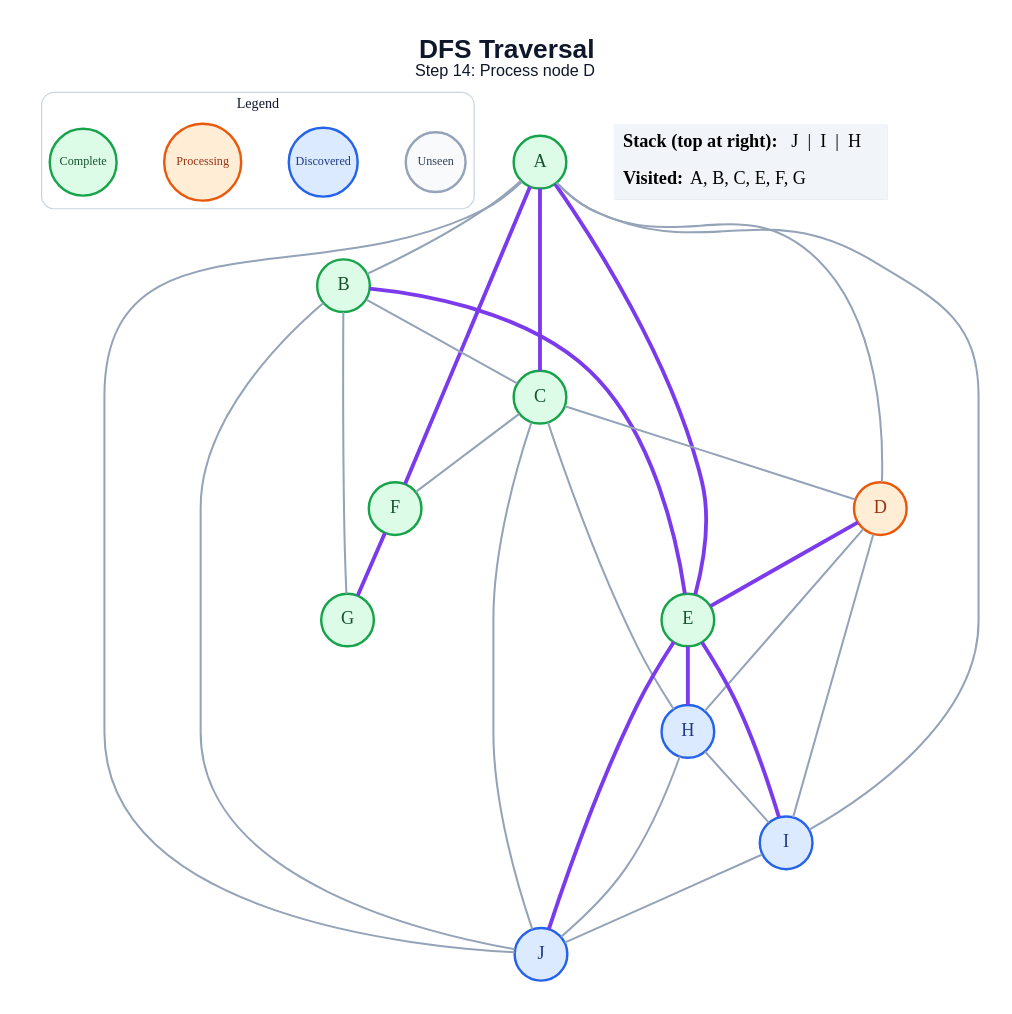
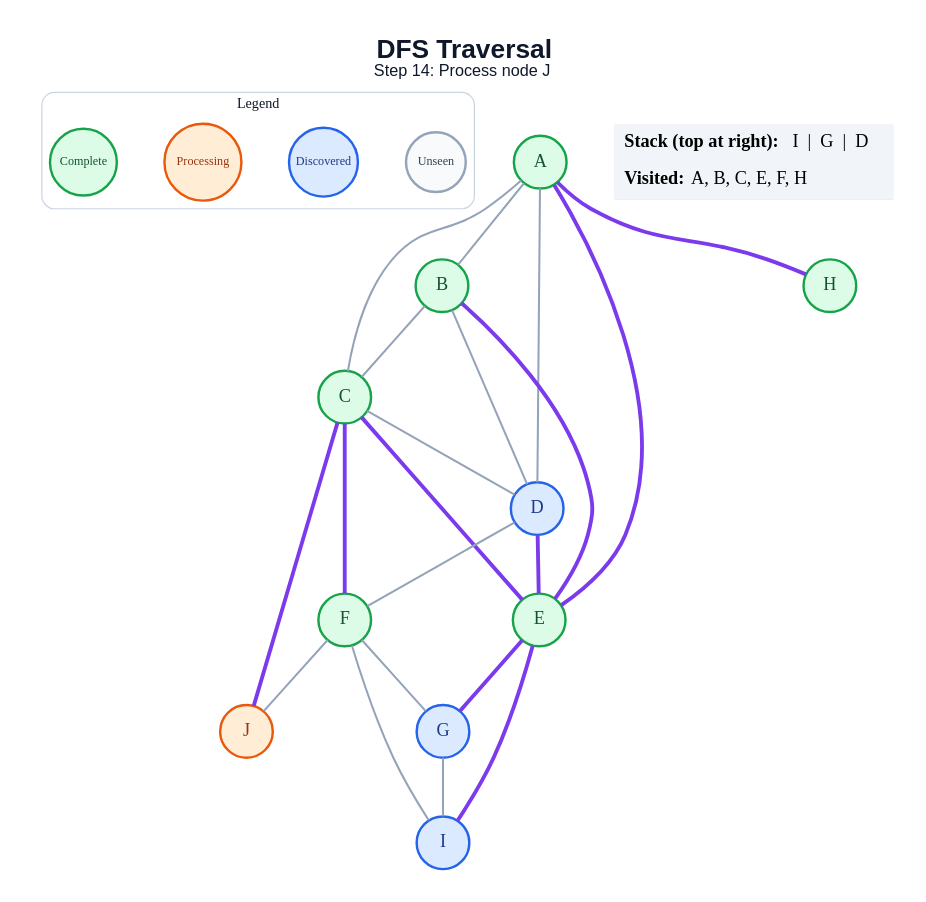
One commit to amanghodawala9/ai-slop changed the diagram in generated/specific-node/dfs/step_14.dot. Above: the diagram before and after it, drawn with Graphviz. The commit also changed 178 other files, not shown here.

```diff
--- a/generated/specific-node/dfs/step_14.dot
+++ b/generated/specific-node/dfs/step_14.dot
@@ -1,54 +1,49 @@
 graph traversal {
   graph [layout=dot, rankdir=TB, bgcolor="#FFFFFF", pad="0.35", nodesep="0.65", ranksep="0.8", fontname="Arial"];
   node [shape=circle, style="filled", fontname="Arial Bold", fontsize=18, width=0.72, fixedsize=true, penwidth=2.4];
   edge [color="#94A3B8", penwidth=2.0];
-  label=<<B>DFS Traversal</B><BR/><FONT POINT-SIZE="16">Step 14: Process node D</FONT>>; labelloc="t"; fontsize=26; fontname="Arial"; fontcolor="#0F172A";
+  label=<<B>DFS Traversal</B><BR/><FONT POINT-SIZE="16">Step 14: Process node J</FONT>>; labelloc="t"; fontsize=26; fontname="Arial"; fontcolor="#0F172A";
   subgraph cluster_legend { label="Legend"; color="#CBD5E1"; penwidth=1.2; style="rounded"; fontsize=14; fontname="Arial Bold";
     key_unseen [label="Unseen", fillcolor="#F8FAFC", color="#94A3B8", fontcolor="#334155", fontsize=12, width=0.82];
     key_frontier [label="Discovered", fillcolor="#DBEAFE", color="#2563EB", fontcolor="#1E3A8A", fontsize=12, width=0.95];
     key_current [label="Processing", fillcolor="#FFEDD5", color="#EA580C", fontcolor="#9A3412", fontsize=12, width=1.05];
     key_done [label="Complete", fillcolor="#DCFCE7", color="#16A34A", fontcolor="#14532D", fontsize=12, width=0.92];
     { rank=same; key_unseen; key_frontier; key_current; key_done; }
   }
   A [fillcolor="#DCFCE7", color="#16A34A", fontcolor="#14532D"];
   B [fillcolor="#DCFCE7", color="#16A34A", fontcolor="#14532D"];
   C [fillcolor="#DCFCE7", color="#16A34A", fontcolor="#14532D"];
-  D [fillcolor="#FFEDD5", color="#EA580C", fontcolor="#9A3412"];
+  D [fillcolor="#DBEAFE", color="#2563EB", fontcolor="#1E3A8A"];
   E [fillcolor="#DCFCE7", color="#16A34A", fontcolor="#14532D"];
   F [fillcolor="#DCFCE7", color="#16A34A", fontcolor="#14532D"];
-  G [fillcolor="#DCFCE7", color="#16A34A", fontcolor="#14532D"];
-  H [fillcolor="#DBEAFE", color="#2563EB", fontcolor="#1E3A8A"];
+  G [fillcolor="#DBEAFE", color="#2563EB", fontcolor="#1E3A8A"];
+  H [fillcolor="#DCFCE7", color="#16A34A", fontcolor="#14532D"];
   I [fillcolor="#DBEAFE", color="#2563EB", fontcolor="#1E3A8A"];
-  J [fillcolor="#DBEAFE", color="#2563EB", fontcolor="#1E3A8A"];
+  J [fillcolor="#FFEDD5", color="#EA580C", fontcolor="#9A3412"];
   A -- B;
-  A -- C [color="#7C3AED", penwidth=3.8];
+  A -- C;
   A -- D;
   A -- E [color="#7C3AED", penwidth=3.8];
-  A -- F [color="#7C3AED", penwidth=3.8];
-  A -- I;
-  A -- J;
+  A -- H [color="#7C3AED", penwidth=3.8];
   B -- C;
+  B -- D;
   B -- E [color="#7C3AED", penwidth=3.8];
-  B -- G;
-  B -- J;
   C -- D;
-  C -- F;
-  C -- H;
-  C -- J;
+  C -- E [color="#7C3AED", penwidth=3.8];
+  C -- F [color="#7C3AED", penwidth=3.8];
+  C -- J [color="#7C3AED", penwidth=3.8];
   D -- E [color="#7C3AED", penwidth=3.8];
-  D -- H;
-  D -- I;
-  E -- H [color="#7C3AED", penwidth=3.8];
+  D -- F;
+  E -- G [color="#7C3AED", penwidth=3.8];
   E -- I [color="#7C3AED", penwidth=3.8];
-  E -- J [color="#7C3AED", penwidth=3.8];
-  F -- G [color="#7C3AED", penwidth=3.8];
-  H -- I;
-  H -- J;
-  I -- J;
+  F -- G;
+  F -- I;
+  F -- J;
+  G -- I;
   status [shape=plain, fixedsize=false, width=0, height=0, margin=0, label=<
     <TABLE BORDER="0" CELLBORDER="0" CELLPADDING="7" BGCOLOR="#F1F5F9">
-      <TR><TD ALIGN="LEFT"><B>Stack (top at right):</B> J  |  I  |  H</TD></TR>
-      <TR><TD ALIGN="LEFT"><B>Visited:</B> A, B, C, E, F, G</TD></TR>
+      <TR><TD ALIGN="LEFT"><B>Stack (top at right):</B> I  |  G  |  D</TD></TR>
+      <TR><TD ALIGN="LEFT"><B>Visited:</B> A, B, C, E, F, H</TD></TR>
     </TABLE>
   >];
 }
```
